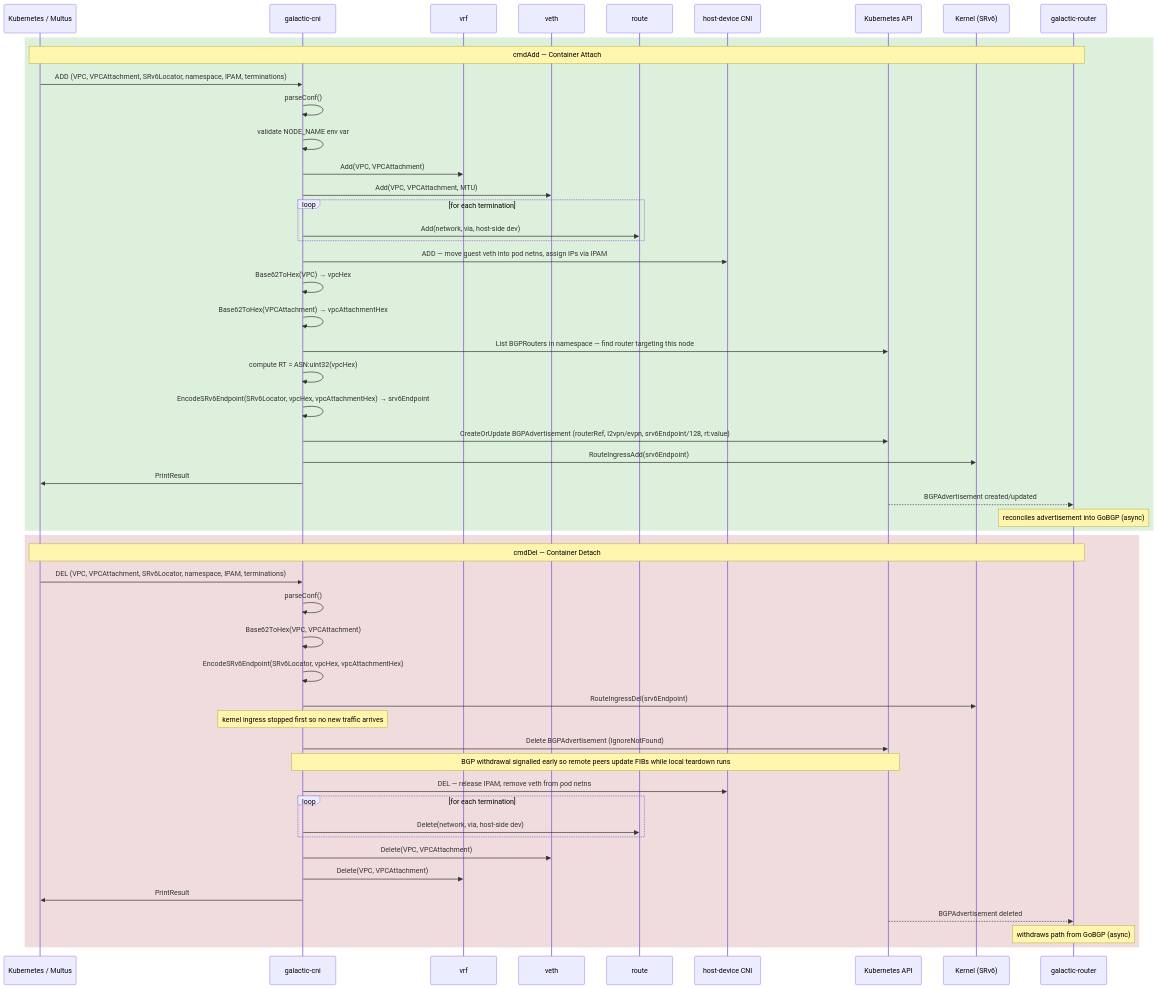
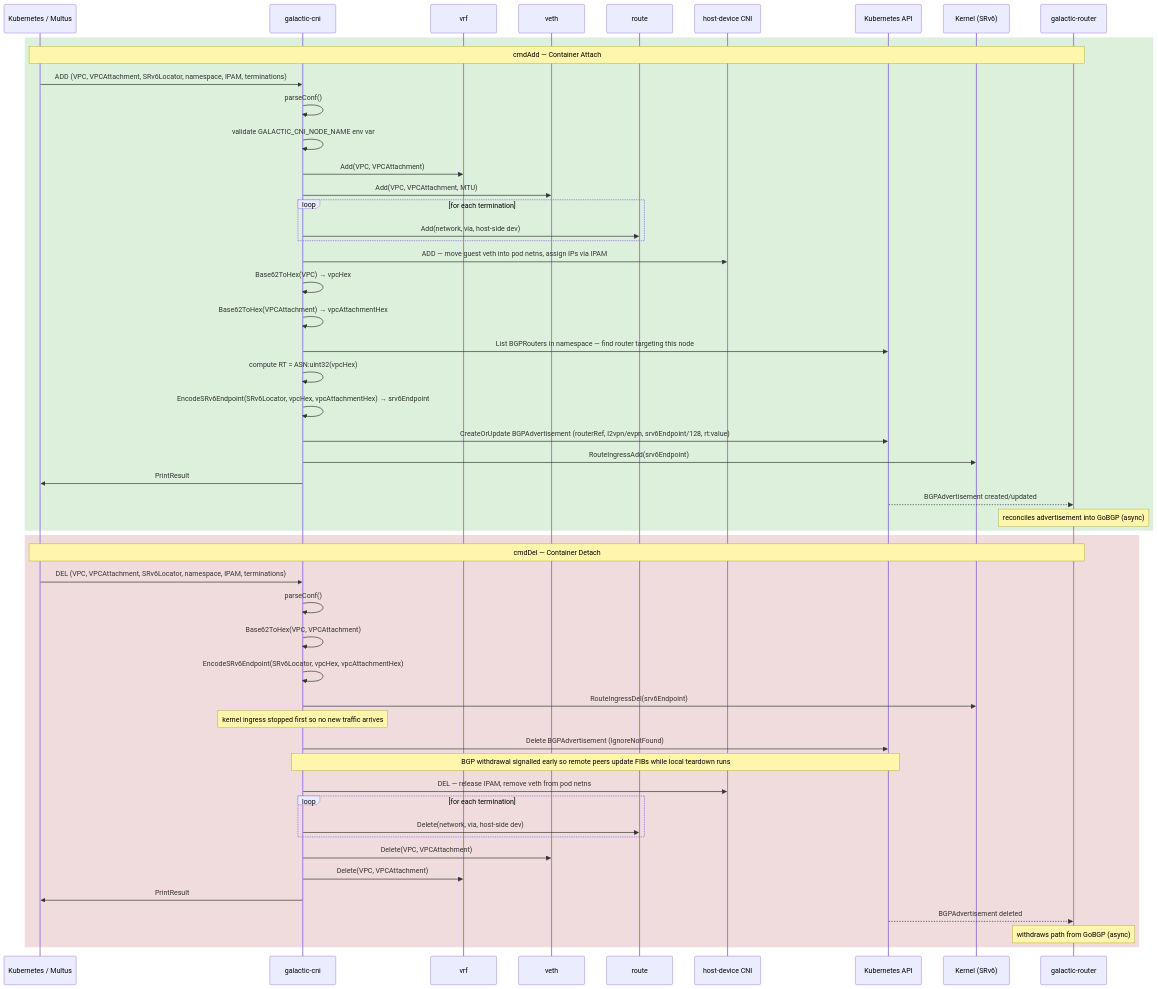
One commit to datum-cloud/galactic changed the diagram in docs/cni-sequence.md. Above: the diagram before and after it, drawn with Mermaid. The commit also changed 22 other files, not shown here.

First line of the commit message:
feat: overhaul galactic-cni CLI with cobra/viper and local IPAM

````diff
--- a/docs/cni-sequence.md
+++ b/docs/cni-sequence.md
@@ -3,56 +3,56 @@
 ```mermaid
 sequenceDiagram
     participant Multus as Kubernetes / Multus
     participant CNI as galactic-cni
     participant VRF as vrf
     participant Veth as veth
     participant Route as route
     participant HD as host-device CNI
     participant K8s as Kubernetes API
     participant Kernel as Kernel (SRv6)
     participant Router as galactic-router
 
     rect rgb(220, 240, 220)
         note over Multus,Router: cmdAdd — Container Attach
         Multus->>CNI: ADD (VPC, VPCAttachment, SRv6Locator, namespace, IPAM, terminations)
         CNI->>CNI: parseConf()
-        CNI->>CNI: validate NODE_NAME env var
+        CNI->>CNI: validate GALACTIC_CNI_NODE_NAME env var
         CNI->>VRF: Add(VPC, VPCAttachment)
         CNI->>Veth: Add(VPC, VPCAttachment, MTU)
         loop for each termination
             CNI->>Route: Add(network, via, host-side dev)
         end
         CNI->>HD: ADD — move guest veth into pod netns, assign IPs via IPAM
         CNI->>CNI: Base62ToHex(VPC) → vpcHex
         CNI->>CNI: Base62ToHex(VPCAttachment) → vpcAttachmentHex
         CNI->>K8s: List BGPRouters in namespace — find router targeting this node
         CNI->>CNI: compute RT = ASN:uint32(vpcHex)
         CNI->>CNI: EncodeSRv6Endpoint(SRv6Locator, vpcHex, vpcAttachmentHex) → srv6Endpoint
         CNI->>K8s: CreateOrUpdate BGPAdvertisement (routerRef, l2vpn/evpn, srv6Endpoint/128, rt:value)
         CNI->>Kernel: RouteIngressAdd(srv6Endpoint)
         CNI->>Multus: PrintResult
         K8s-->>Router: BGPAdvertisement created/updated
         note over Router: reconciles advertisement into GoBGP (async)
     end
 
     rect rgb(240, 220, 220)
         note over Multus,Router: cmdDel — Container Detach
         Multus->>CNI: DEL (VPC, VPCAttachment, SRv6Locator, namespace, IPAM, terminations)
         CNI->>CNI: parseConf()
         CNI->>CNI: Base62ToHex(VPC, VPCAttachment)
         CNI->>CNI: EncodeSRv6Endpoint(SRv6Locator, vpcHex, vpcAttachmentHex)
         CNI->>Kernel: RouteIngressDel(srv6Endpoint)
         note over CNI: kernel ingress stopped first so no new traffic arrives
         CNI->>K8s: Delete BGPAdvertisement (IgnoreNotFound)
         note over CNI,K8s: BGP withdrawal signalled early so remote peers update FIBs while local teardown runs
         CNI->>HD: DEL — release IPAM, remove veth from pod netns
         loop for each termination
             CNI->>Route: Delete(network, via, host-side dev)
         end
         CNI->>Veth: Delete(VPC, VPCAttachment)
         CNI->>VRF: Delete(VPC, VPCAttachment)
         CNI->>Multus: PrintResult
         K8s-->>Router: BGPAdvertisement deleted
         note over Router: withdraws path from GoBGP (async)
     end
 ```
````
